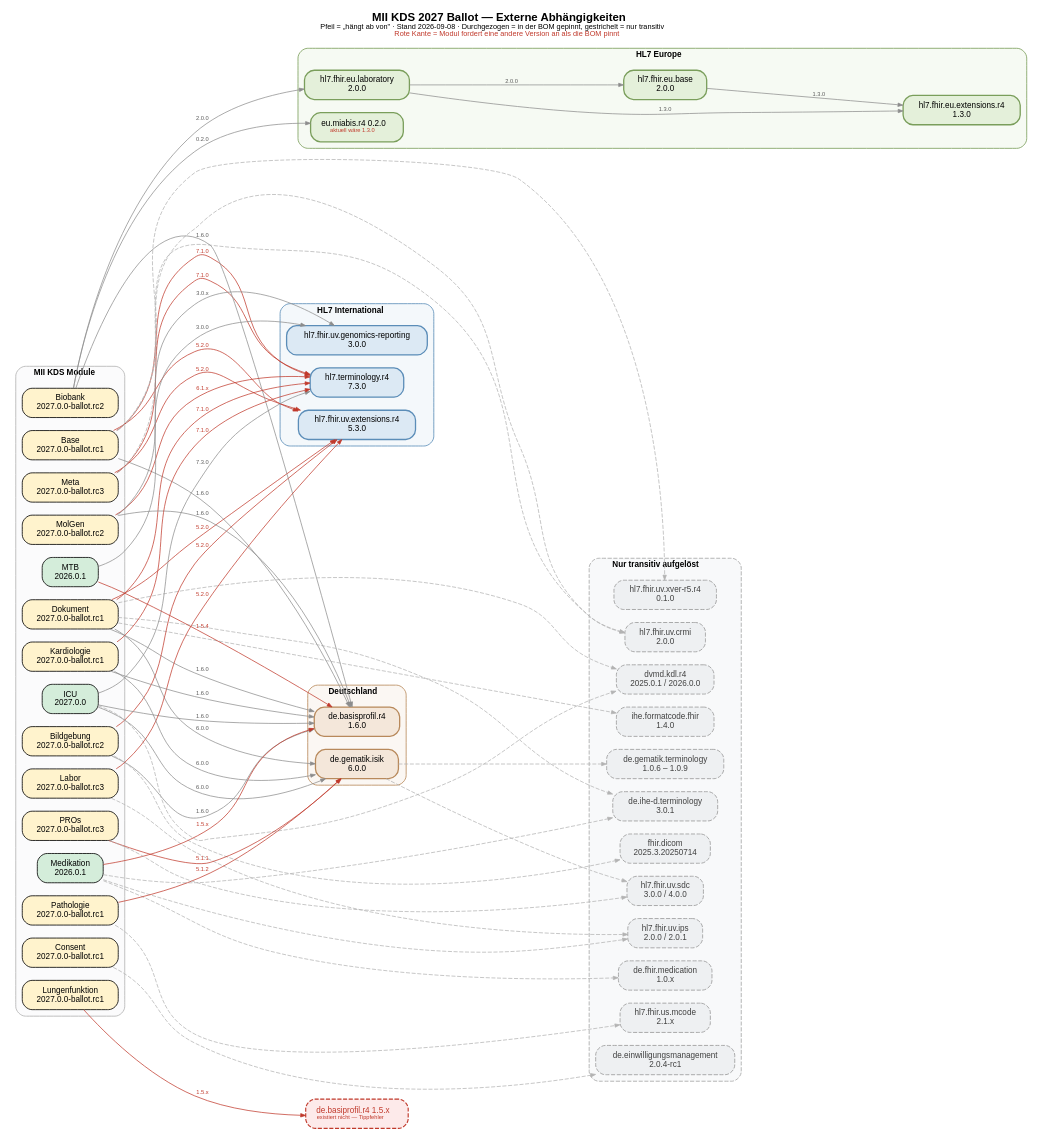
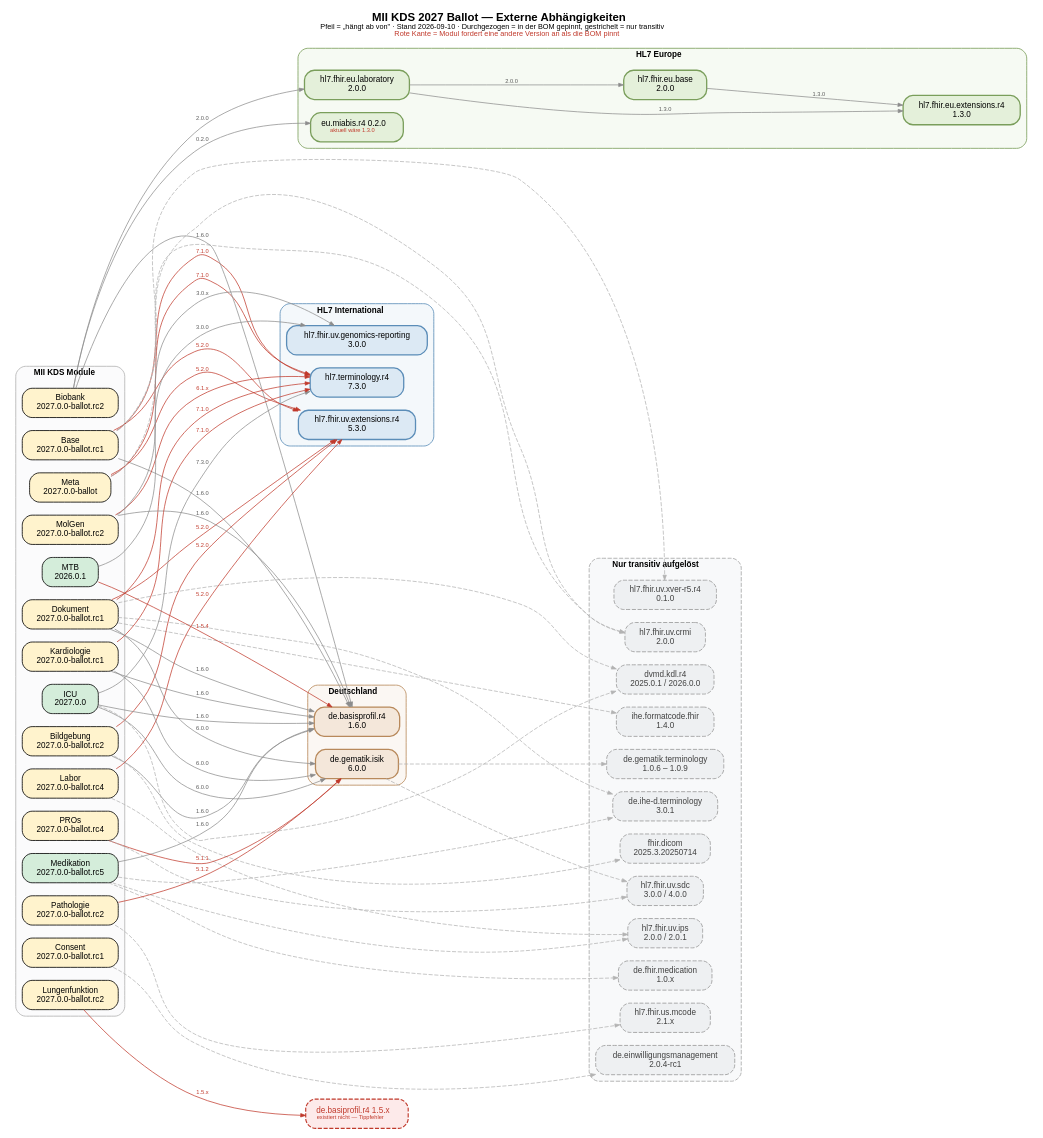
One commit to medizininformatik-initiative/kerndatensatz-complete changed the diagram in dep-graph-2027-extern.dot. Above: the diagram before and after it, drawn with Graphviz. The commit also changed 14 other files, not shown here.

```diff
--- a/dep-graph-2027-extern.dot
+++ b/dep-graph-2027-extern.dot
@@ -1,163 +1,163 @@
 // MII KDS 2027 Ballot — Externe Abhängigkeiten
 //
 // Quelle:     dep-graph-2027-extern.dot
 // Generiert:  dot -Tpng dep-graph-2027-extern.dot -o input/images/dep-graph-2027-extern.png
 //             dot -Tsvg dep-graph-2027-extern.dot -o input/images/dep-graph-2027-extern.svg
 //
 // Kästen:  durchgezogen = in der BOM gepinnt · gestrichelt = nur transitiv aufgelöst
 // Kanten:  Beschriftung = Version, die das Modul deklariert
 //          rot = weicht von der BOM-Pinnung ab
 
 digraph MII_KDS_2027_Extern {
     rankdir=LR;
     bgcolor="white";
     fontname="Helvetica";
     node [shape=box, style="rounded,filled", fontname="Helvetica", fontsize=10, margin="0.18,0.09"];
     edge [color="gray55", arrowsize=0.6, penwidth=0.9, fontname="Helvetica", fontsize=7, fontcolor="gray35"];
     nodesep=0.22;
     ranksep=2.6;
 
     labelloc="t";
-    label=<<B>MII KDS 2027 Ballot — Externe Abhängigkeiten</B><BR/><FONT POINT-SIZE="9">Pfeil = „hängt ab von" · Stand 2026-09-08 · Durchgezogen = in der BOM gepinnt, gestrichelt = nur transitiv<BR/><FONT COLOR="#c0392b">Rote Kante = Modul fordert eine andere Version an als die BOM pinnt</FONT></FONT>>;
+    label=<<B>MII KDS 2027 Ballot — Externe Abhängigkeiten</B><BR/><FONT POINT-SIZE="9">Pfeil = „hängt ab von" · Stand 2026-09-10 · Durchgezogen = in der BOM gepinnt, gestrichelt = nur transitiv<BR/><FONT COLOR="#c0392b">Rote Kante = Modul fordert eine andere Version an als die BOM pinnt</FONT></FONT>>;
     fontsize=14;
 
     // ════════════ MII-Module ════════════
     subgraph cluster_mii {
         label=<<B>MII KDS Module</B>>;
         style="rounded"; color="gray70"; bgcolor="#fbfbfc"; fontsize=10;
 
         m_base   [label="Base\n2027.0.0-ballot.rc1", fillcolor="#fff3cd"];
-        m_meta   [label="Meta\n2027.0.0-ballot.rc3", fillcolor="#fff3cd"];
+        m_meta   [label="Meta\n2027.0.0-ballot", fillcolor="#fff3cd"];
         m_bio    [label="Biobank\n2027.0.0-ballot.rc2", fillcolor="#fff3cd"];
         m_dok    [label="Dokument\n2027.0.0-ballot.rc1", fillcolor="#fff3cd"];
         m_bild   [label="Bildgebung\n2027.0.0-ballot.rc2", fillcolor="#fff3cd"];
         m_icu    [label="ICU\n2027.0.0", fillcolor="#d4edda"];
-        m_labor  [label="Labor\n2027.0.0-ballot.rc3", fillcolor="#fff3cd"];
-        m_medi   [label="Medikation\n2026.0.1", fillcolor="#d4edda"];
+        m_labor  [label="Labor\n2027.0.0-ballot.rc4", fillcolor="#fff3cd"];
+        m_medi   [label="Medikation\n2027.0.0-ballot.rc5", fillcolor="#d4edda"];
         m_molgen [label="MolGen\n2027.0.0-ballot.rc2", fillcolor="#fff3cd"];
         m_mtb    [label="MTB\n2026.0.1", fillcolor="#d4edda"];
-        m_patho  [label="Pathologie\n2027.0.0-ballot.rc1", fillcolor="#fff3cd"];
-        m_pros   [label="PROs\n2027.0.0-ballot.rc3", fillcolor="#fff3cd"];
+        m_patho  [label="Pathologie\n2027.0.0-ballot.rc2", fillcolor="#fff3cd"];
+        m_pros   [label="PROs\n2027.0.0-ballot.rc4", fillcolor="#fff3cd"];
         m_cons   [label="Consent\n2027.0.0-ballot.rc1", fillcolor="#fff3cd"];
         m_kard   [label="Kardiologie\n2027.0.0-ballot.rc1", fillcolor="#fff3cd"];
-        m_lufu   [label="Lungenfunktion\n2027.0.0-ballot.rc1", fillcolor="#fff3cd"];
+        m_lufu   [label="Lungenfunktion\n2027.0.0-ballot.rc2", fillcolor="#fff3cd"];
     }
 
     // ════════════ Gepinnt: HL7 International ════════════
     subgraph cluster_hl7 {
         label=<<B>HL7 International</B>>;
         style="rounded"; color="#5b8db8"; bgcolor="#f4f8fb"; fontsize=10;
 
         tho  [label="hl7.terminology.r4\n7.3.0",            fillcolor="#dce9f4", color="#5b8db8", penwidth=1.6];
         ext  [label="hl7.fhir.uv.extensions.r4\n5.3.0",     fillcolor="#dce9f4", color="#5b8db8", penwidth=1.6];
         geno [label="hl7.fhir.uv.genomics-reporting\n3.0.0", fillcolor="#dce9f4", color="#5b8db8", penwidth=1.6];
     }
 
     // ════════════ Gepinnt: HL7 Europe ════════════
     subgraph cluster_eu {
         label=<<B>HL7 Europe</B>>;
         style="rounded"; color="#7a9e5b"; bgcolor="#f6faf3"; fontsize=10;
 
         eubase [label="hl7.fhir.eu.base\n2.0.0",         fillcolor="#e4f0da", color="#7a9e5b", penwidth=1.6];
         eulab  [label="hl7.fhir.eu.laboratory\n2.0.0",   fillcolor="#e4f0da", color="#7a9e5b", penwidth=1.6];
         euext  [label="hl7.fhir.eu.extensions.r4\n1.3.0", fillcolor="#e4f0da", color="#7a9e5b", penwidth=1.6];
         miabis [label=<eu.miabis.r4 0.2.0<BR/><FONT POINT-SIZE="7" COLOR="#c0392b">aktuell wäre 1.3.0</FONT>>, fillcolor="#e4f0da", color="#7a9e5b", penwidth=1.6];
     }
 
     // ════════════ Gepinnt: Deutschland ════════════
     subgraph cluster_de {
         label=<<B>Deutschland</B>>;
         style="rounded"; color="#b8895b"; bgcolor="#fbf7f3"; fontsize=10;
 
         basis [label="de.basisprofil.r4\n1.6.0",  fillcolor="#f4e7da", color="#b8895b", penwidth=1.6];
         isik  [label="de.gematik.isik\n6.0.0",    fillcolor="#f4e7da", color="#b8895b", penwidth=1.6];
     }
 
     // ════════════ Nur transitiv ════════════
     subgraph cluster_trans {
         label=<<B>Nur transitiv aufgelöst</B>>;
         style="rounded,dashed"; color="gray65"; bgcolor="#f8f9fa"; fontsize=10;
 
         node [style="rounded,filled,dashed", fillcolor="#eef0f2", color="gray60", fontcolor="gray25"];
         ips   [label="hl7.fhir.uv.ips\n2.0.0 / 2.0.1"];
         sdc   [label="hl7.fhir.uv.sdc\n3.0.0 / 4.0.0"];
         mcode [label="hl7.fhir.us.mcode\n2.1.x"];
         crmi  [label="hl7.fhir.uv.crmi\n2.0.0"];
         xver  [label="hl7.fhir.uv.xver-r5.r4\n0.1.0"];
         dicom [label="fhir.dicom\n2025.3.20250714"];
         kdl   [label="dvmd.kdl.r4\n2025.0.1 / 2026.0.0"];
         ihed  [label="de.ihe-d.terminology\n3.0.1"];
         fmt   [label="ihe.formatcode.fhir\n1.4.0"];
         demed [label="de.fhir.medication\n1.0.x"];
         einw  [label="de.einwilligungsmanagement\n2.0.4-rc1"];
         gtermi[label="de.gematik.terminology\n1.0.6 – 1.0.9"];
     }
 
     // ════════════ Nicht aufloesbar ════════════
     basitypo [label=<de.basiprofil.r4 1.5.x<BR/><FONT POINT-SIZE="7">existiert nicht — Tippfehler</FONT>>, shape=box, style="rounded,filled,dashed", fillcolor="#fdeaea", color="#c0392b", fontcolor="#c0392b", penwidth=1.4];
 
     // ════════════ Kanten: Terminology ════════════
     m_icu -> tho [label="7.3.0"];
     m_base -> tho [label="7.1.0", color="#c0392b", fontcolor="#c0392b"];
     m_meta -> tho [label="7.1.0", color="#c0392b", fontcolor="#c0392b"];
     m_dok  -> tho [label="7.1.0", color="#c0392b", fontcolor="#c0392b"];
     m_molgen -> tho [label="6.1.x", color="#c0392b", fontcolor="#c0392b"];
 
     // ════════════ Kanten: Extensions ════════════
     m_base  -> ext [label="5.2.0", color="#c0392b", fontcolor="#c0392b"];
     m_meta  -> ext [label="5.2.0", color="#c0392b", fontcolor="#c0392b"];
     m_labor -> ext [label="5.2.0", color="#c0392b", fontcolor="#c0392b"];
     m_dok   -> ext [label="5.2.0", color="#c0392b", fontcolor="#c0392b"];
     m_bild  -> ext [label="5.2.0", color="#c0392b", fontcolor="#c0392b"];
 
     // ════════════ Kanten: Clinical Genomics ════════════
     m_molgen -> geno [label="3.0.x"];
     m_mtb    -> geno [label="3.0.0"];
 
     // ════════════ Kanten: EU ════════════
     m_bio -> eulab  [label="2.0.0"];
     m_bio -> miabis [label="0.2.0"];
     eulab -> eubase [label="2.0.0"];
     eulab -> euext  [label="1.3.0"];
     eubase -> euext [label="1.3.0"];
 
     // ════════════ Kanten: Deutschland ════════════
     m_base -> basis [label="1.6.0"];
     m_bio  -> basis [label="1.6.0"];
     m_icu  -> basis [label="1.6.0"];
     m_bild -> basis [label="1.6.0"];
     m_dok  -> basis [label="1.6.0"];
-    m_medi -> basis [label="1.5.x", color="#c0392b", fontcolor="#c0392b"];
+    m_medi -> basis [label="1.6.0"];
     m_molgen -> basis [label="1.6.0"];
     m_mtb  -> basis [label="1.5.4", color="#c0392b", fontcolor="#c0392b"];
 
     m_icu   -> isik [label="6.0.0"];
     m_dok   -> isik [label="6.0.0"];
     m_patho -> isik [label="5.1.2", color="#c0392b", fontcolor="#c0392b"];
     m_pros  -> isik [label="5.1.1", color="#c0392b", fontcolor="#c0392b"];
 
     // ════════════ Kanten: transitiv ════════════
     m_labor -> ips   [style=dashed, color="gray70"];
     m_medi  -> ips   [style=dashed, color="gray70"];
     m_pros  -> sdc   [style=dashed, color="gray70"];
     isik    -> sdc   [style=dashed, color="gray70"];
     m_patho -> mcode [style=dashed, color="gray70"];
     m_base  -> crmi  [style=dashed, color="gray70"];
     m_meta  -> crmi  [style=dashed, color="gray70"];
     m_base  -> xver  [style=dashed, color="gray70"];
     m_bild  -> dicom [style=dashed, color="gray70"];
     m_dok   -> kdl   [style=dashed, color="gray70"];
     m_icu   -> kdl   [style=dashed, color="gray70"];
     m_dok   -> ihed  [style=dashed, color="gray70"];
     m_medi  -> ihed  [style=dashed, color="gray70"];
     m_dok   -> fmt   [style=dashed, color="gray70"];
     m_medi  -> demed [style=dashed, color="gray70"];
     m_cons  -> einw  [style=dashed, color="gray70"];
     isik    -> gtermi[style=dashed, color="gray70"];
 
     // ════════════ Kanten: neue Ballot-Module ════════════
     m_kard -> basis [label="1.6.0"];
     m_kard -> isik  [label="6.0.0"];
     m_kard -> tho   [label="7.1.0", color="#c0392b", fontcolor="#c0392b"];
     m_lufu -> basitypo [label="1.5.x", color="#c0392b", fontcolor="#c0392b"];
 }
```
